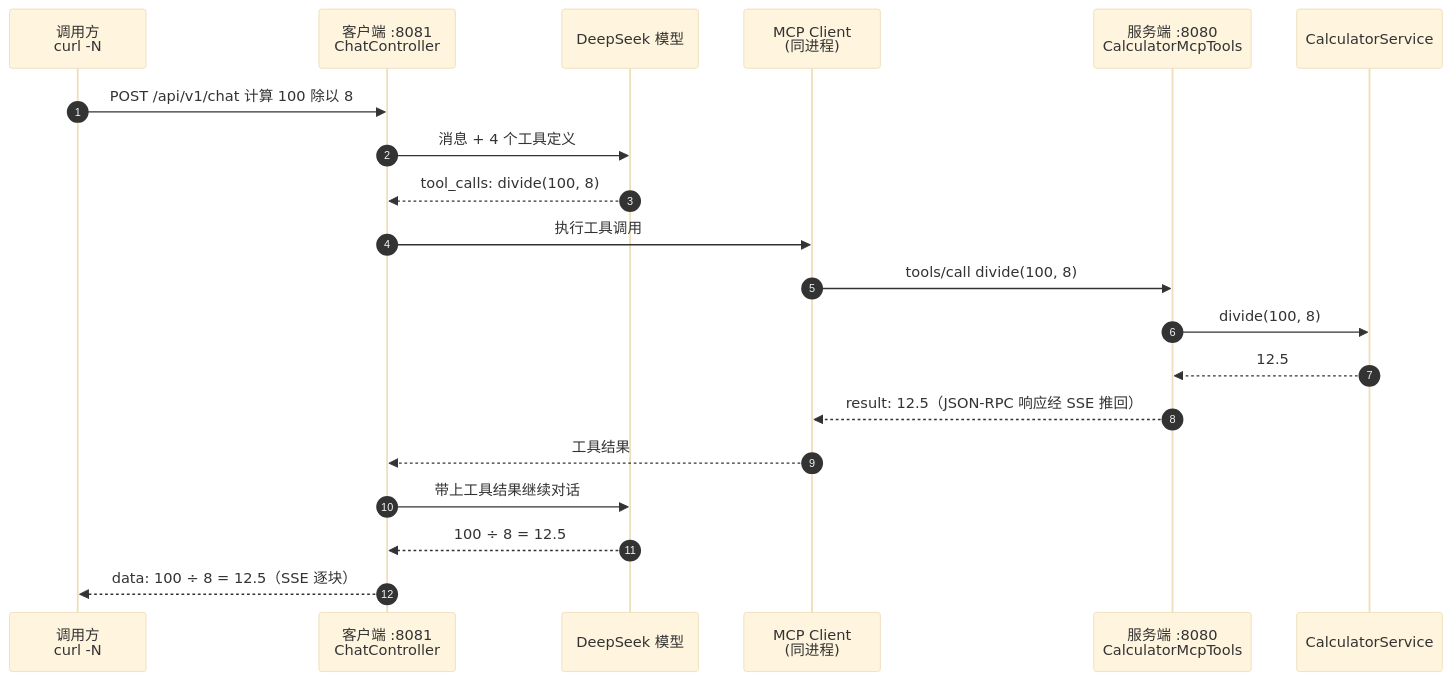
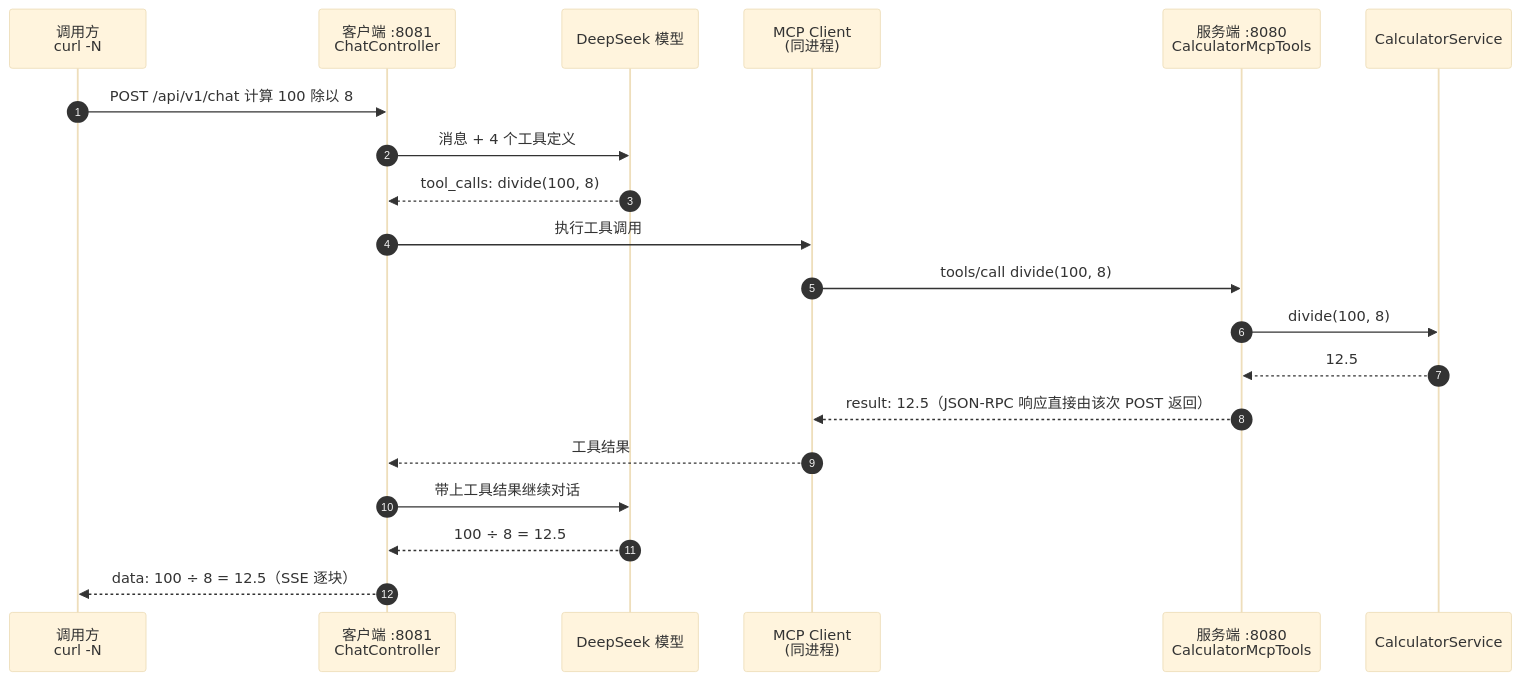
Before and after one commit to Pickupolddriver/spring-ai-mcp-demo: the second of 2 diagrams in README.md, drawn with Mermaid (base theme). The commit also changed other lines of this file and 10 other files, not shown here.

````diff
--- a/README.md
+++ b/README.md
@@ -190,23 +207,23 @@
 ```mermaid
 sequenceDiagram
     autonumber
     participant U as 调用方<br/>curl -N
     participant C as 客户端 :8081<br/>ChatController
     participant D as DeepSeek 模型
     participant M as MCP Client<br/>(同进程)
     participant S as 服务端 :8080<br/>CalculatorMcpTools
     participant V as CalculatorService
 
     U->>C: POST /api/v1/chat  计算 100 除以 8
     C->>D: 消息 + 4 个工具定义
     D-->>C: tool_calls: divide(100, 8)
     C->>M: 执行工具调用
     M->>S: tools/call divide(100, 8)
     S->>V: divide(100, 8)
     V-->>S: 12.5
-    S-->>M: result: 12.5（JSON-RPC 响应经 SSE 推回）
+    S-->>M: result: 12.5（JSON-RPC 响应直接由该次 POST 返回）
     M-->>C: 工具结果
     C->>D: 带上工具结果继续对话
     D-->>C: 100 ÷ 8 = 12.5
     C-->>U: data: 100 ÷ 8 = 12.5（SSE 逐块）
 ```
````
